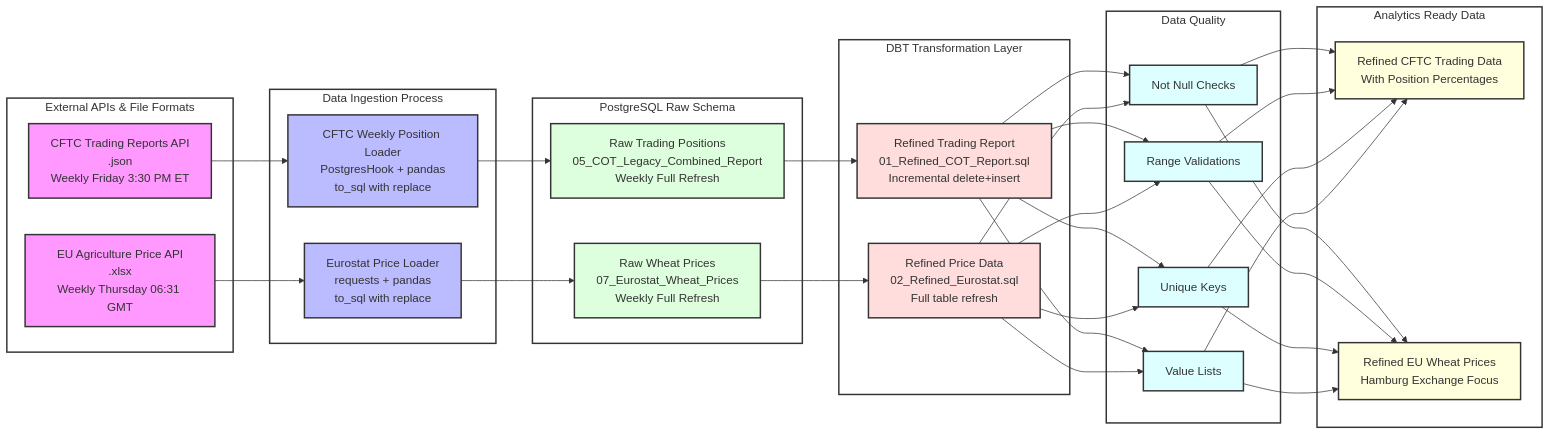
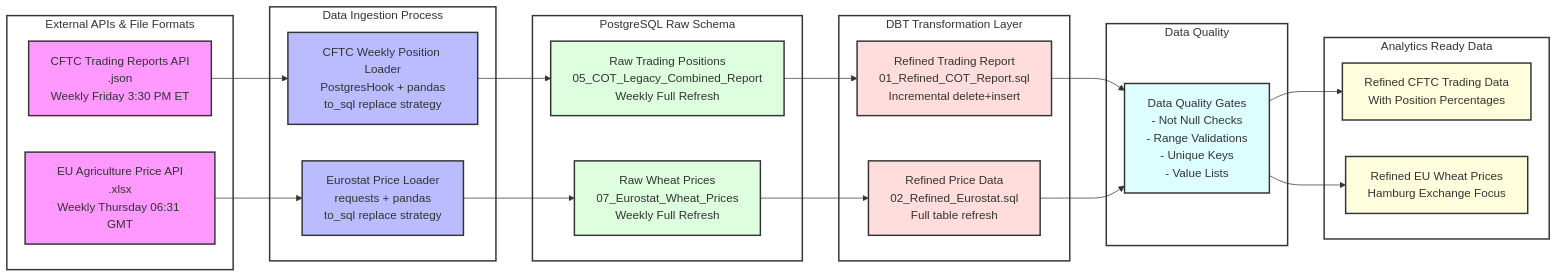
The diagram in README.md (ShubhamDalvi1999/Data-Transformation-using-DBT), drawn with Mermaid before and after one commit.

Commit message:
readme-changes

````diff
--- a/README.md
+++ b/README.md
@@ -55,65 +55,57 @@
 ```mermaid
 graph LR
     subgraph External_APIs[External APIs & File Formats]
         A1[CFTC Trading Reports API<br/>.json<br/>Weekly Friday 3:30 PM ET]
         A2[EU Agriculture Price API<br/>.xlsx<br/>Weekly Thursday 06:31 GMT]
     end
 
     subgraph Ingestion_DAGs[Data Ingestion Process]
-        B1[CFTC Weekly Position Loader<br/>PostgresHook + pandas<br/>to_sql with replace]
-        B2[Eurostat Price Loader<br/>requests + pandas<br/>to_sql with replace]
+        B1[CFTC Weekly Position Loader<br/>PostgresHook + pandas<br/>to_sql replace strategy]
+        B2[Eurostat Price Loader<br/>requests + pandas<br/>to_sql replace strategy]
     end
 
     subgraph Raw_Storage[PostgreSQL Raw Schema]
         C1[Raw Trading Positions<br/>05_COT_Legacy_Combined_Report<br/>Weekly Full Refresh]
         C2[Raw Wheat Prices<br/>07_Eurostat_Wheat_Prices<br/>Weekly Full Refresh]
     end
 
     subgraph DBT_Transformations[DBT Transformation Layer]
         D1[Refined Trading Report<br/>01_Refined_COT_Report.sql<br/>Incremental delete+insert]
         D2[Refined Price Data<br/>02_Refined_Eurostat.sql<br/>Full table refresh]
     end
 
     subgraph Quality_Checks[Data Quality]
-        Q1[Not Null Checks]
-        Q2[Range Validations]
-        Q3[Unique Keys]
-        Q4[Value Lists]
+        Q[Data Quality Gates<br/>- Not Null Checks<br/>- Range Validations<br/>- Unique Keys<br/>- Value Lists]
     end
 
     subgraph Final_Result[Analytics Ready Data]
         F1[Refined CFTC Trading Data<br/>With Position Percentages]
         F2[Refined EU Wheat Prices<br/>Hamburg Exchange Focus]
     end
 
     A1 --> B1
     A2 --> B2
     B1 --> C1
     B2 --> C2
     C1 --> D1
     C2 --> D2
-    
-    D1 --> Q1 & Q2 & Q3 & Q4
-    D2 --> Q1 & Q2 & Q3 & Q4
-    
-    Q1 & Q2 & Q3 & Q4 --> F1
-    Q1 & Q2 & Q3 & Q4 --> F2
+    D1 --> Q
+    D2 --> Q
+    Q --> F1
+    Q --> F2
 
     style A1 fill:#f9f,stroke:#333,stroke-width:2px
     style A2 fill:#f9f,stroke:#333,stroke-width:2px
     style B1 fill:#bbf,stroke:#333,stroke-width:2px
     style B2 fill:#bbf,stroke:#333,stroke-width:2px
     style C1 fill:#dfd,stroke:#333,stroke-width:2px
     style C2 fill:#dfd,stroke:#333,stroke-width:2px
     style D1 fill:#fdd,stroke:#333,stroke-width:2px
     style D2 fill:#fdd,stroke:#333,stroke-width:2px
-    style Q1 fill:#dff,stroke:#333,stroke-width:2px
-    style Q2 fill:#dff,stroke:#333,stroke-width:2px
-    style Q3 fill:#dff,stroke:#333,stroke-width:2px
-    style Q4 fill:#dff,stroke:#333,stroke-width:2px
+    style Q fill:#dff,stroke:#333,stroke-width:2px
     style F1 fill:#ffd,stroke:#333,stroke-width:2px
     style F2 fill:#ffd,stroke:#333,stroke-width:2px
 
     classDef subgraphStyle fill:#fff,stroke:#333,stroke-width:2px
     class External_APIs,Ingestion_DAGs,Raw_Storage,DBT_Transformations,Quality_Checks,Final_Result subgraphStyle
 ```
````
